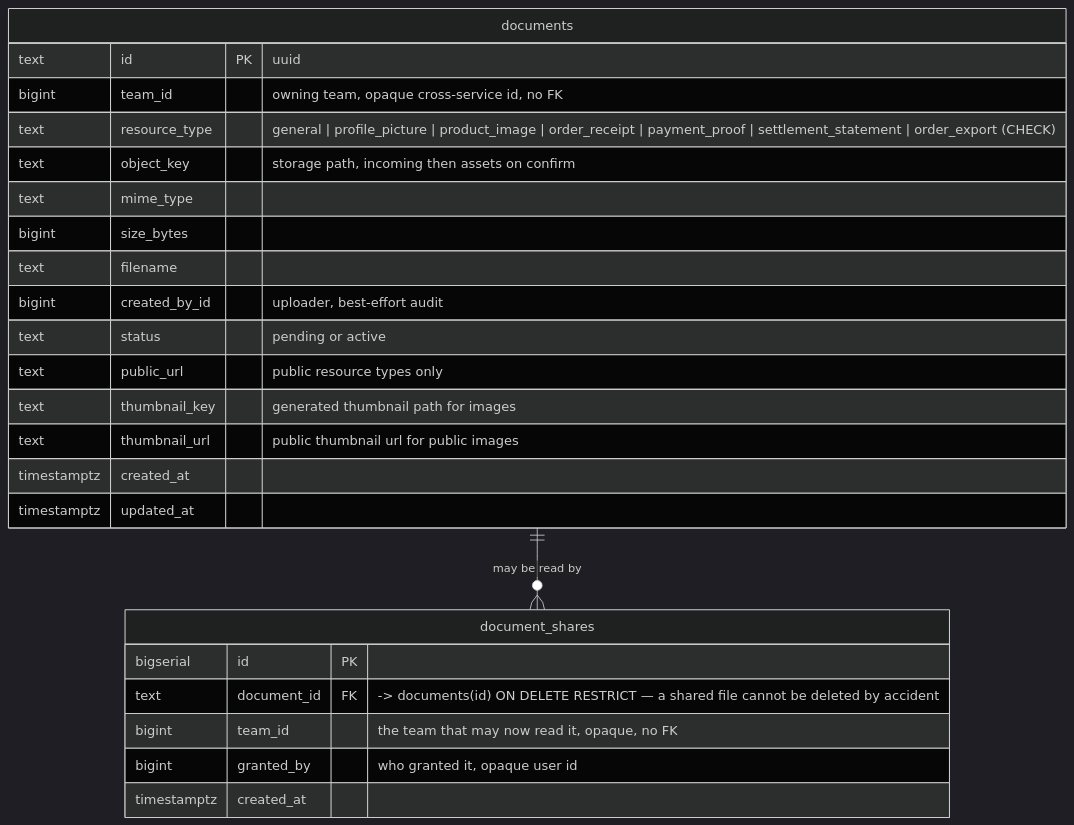
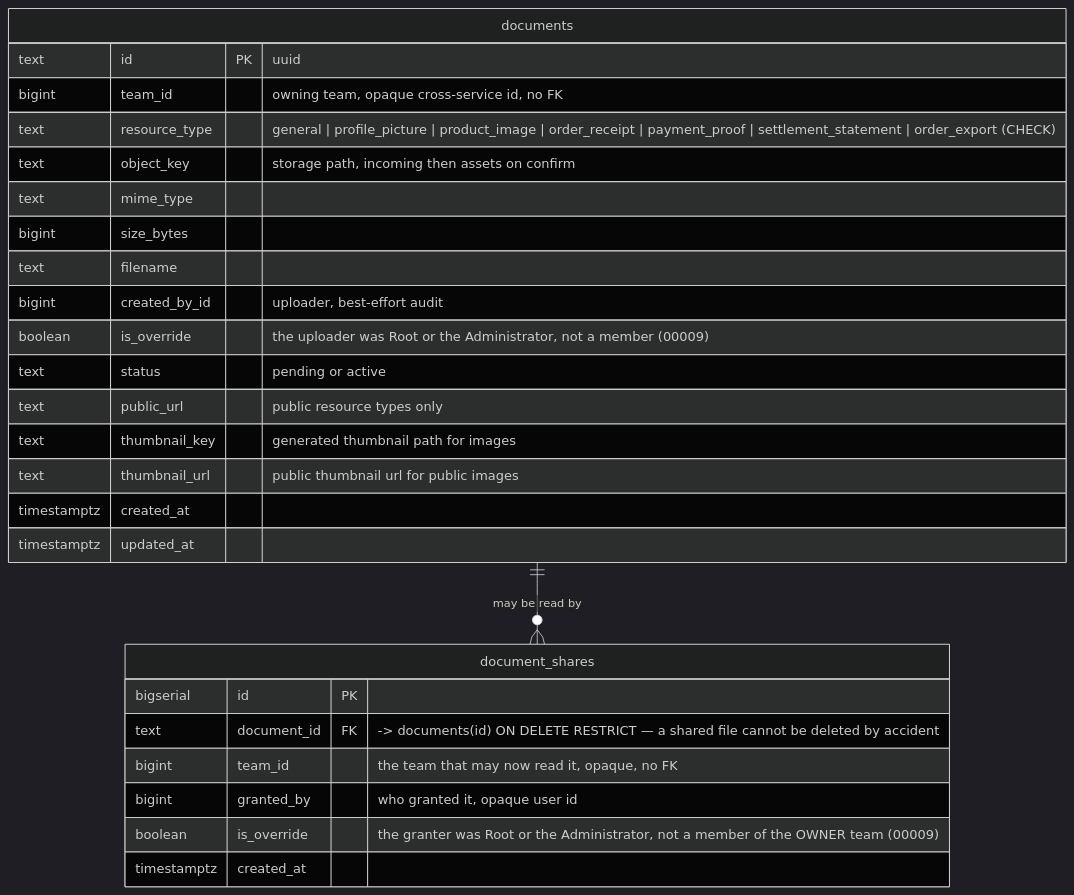
Before and after one commit to pdcgo/warehouse_revamp: the seventh of 20 diagrams in docs/database-schema.md, drawn with Mermaid (dark theme). The commit also changed other lines of this file and 703 other files, not shown here.

````diff
--- a/docs/database-schema.md
+++ b/docs/database-schema.md
@@ -763,29 +837,31 @@
 ```mermaid
 erDiagram
     documents ||--o{ document_shares : "may be read by"
 
     documents {
         text        id            PK "uuid"
         bigint      team_id       "owning team, opaque cross-service id, no FK"
         text        resource_type "general | profile_picture | product_image | order_receipt | payment_proof | settlement_statement | order_export (CHECK)"
         text        object_key    "storage path, incoming then assets on confirm"
         text        mime_type
         bigint      size_bytes
         text        filename
         bigint      created_by_id "uploader, best-effort audit"
+        boolean     is_override   "the uploader was Root or the Administrator, not a member (00009)"
         text        status        "pending or active"
         text        public_url    "public resource types only"
         text        thumbnail_key "generated thumbnail path for images"
         text        thumbnail_url "public thumbnail url for public images"
         timestamptz created_at
         timestamptz updated_at
     }
 
     document_shares {
         bigserial   id          PK
         text        document_id FK "-> documents(id) ON DELETE RESTRICT — a shared file cannot be deleted by accident"
         bigint      team_id     "the team that may now read it, opaque, no FK"
         bigint      granted_by  "who granted it, opaque user id"
+        boolean     is_override "the granter was Root or the Administrator, not a member of the OWNER team (00009)"
         timestamptz created_at
     }
 ```
````
